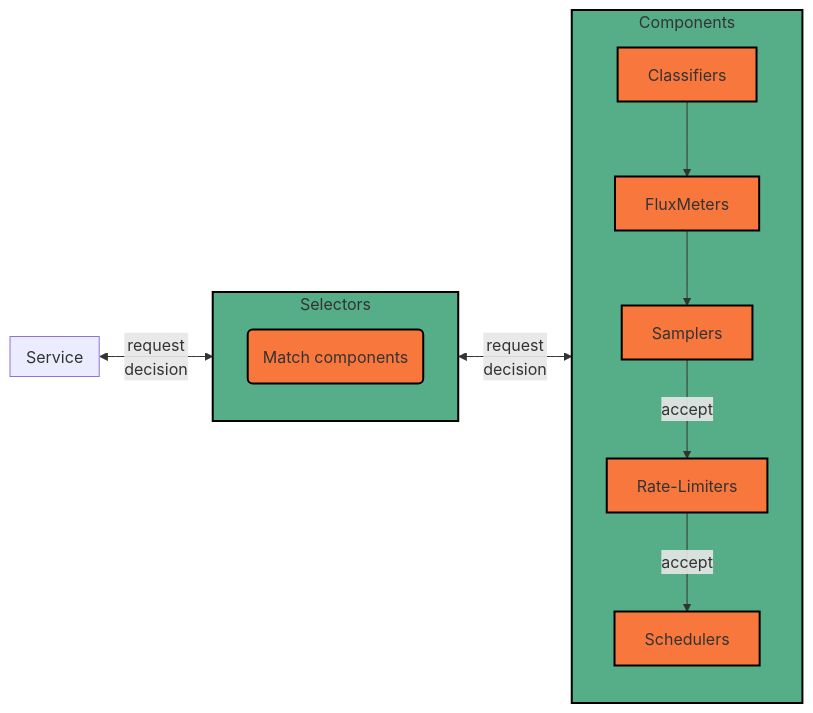
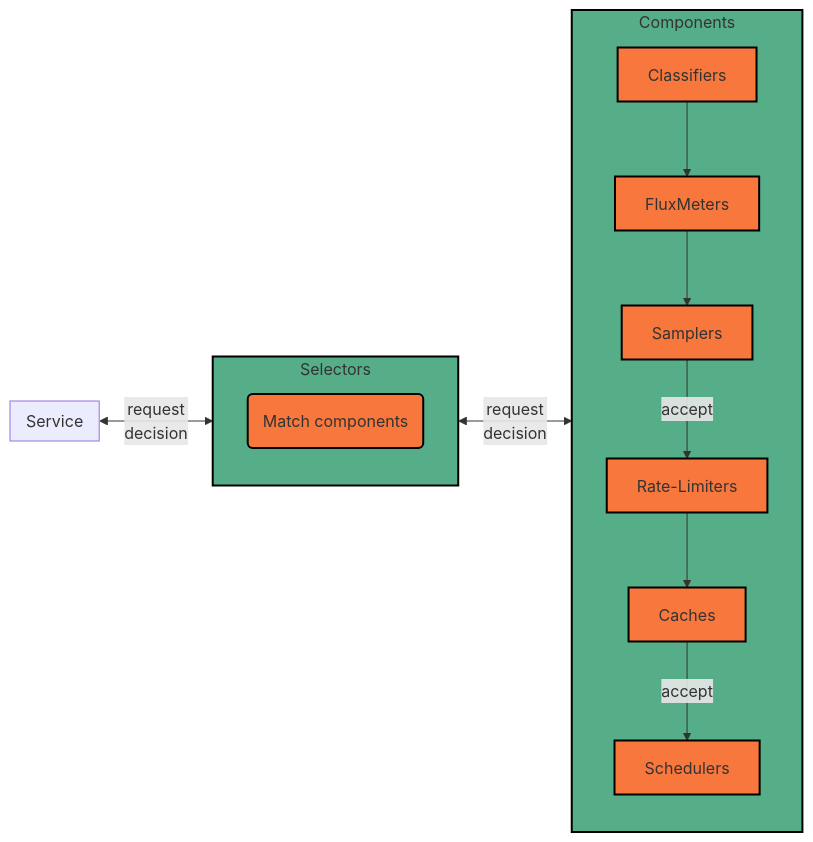
The diagram in docs/content/concepts/assets/gen/flow-lifecycle/flow-lifecycle.mmd (dataongunlaws/aperture), drawn with Mermaid before and after one commit. The commit also changed 5 other files, not shown here.

First line of the commit message:
Add Caching to Flow Lifecycle Concepts (#3039)

```diff
--- a/docs/content/concepts/assets/gen/flow-lifecycle/flow-lifecycle.mmd
+++ b/docs/content/concepts/assets/gen/flow-lifecycle/flow-lifecycle.mmd
@@ -1,27 +1,28 @@
 flowchart LR
 classDef Green fill:#56AE89,stroke:#000000,stroke-width:2px;
 classDef Orange fill:#F8773D,stroke:#000000,stroke-width:2px;
 
 subgraph "Service"
 end
 class Service Green
 
 Service <-- "request\n decision" --> Selectors
 Selectors <-- "request\n decision" --> Components
 
 subgraph "Selectors"
 	Text("Match components")
 	class Text Orange
 end
 class Selectors Green
 
 
 subgraph Components
-    Classifiers --> FluxMeters --> Samplers--"accept"--> Rate-Limiters --"accept"--> Schedulers
+    Classifiers --> FluxMeters --> Samplers--"accept"--> Rate-Limiters --> Caches --"accept"--> Schedulers
 class Classifiers Orange
 class FluxMeters Orange
 class Samplers Orange
 class Rate-Limiters Orange
+class Caches Orange
 class Schedulers Orange
 end
 class Components Green
```
